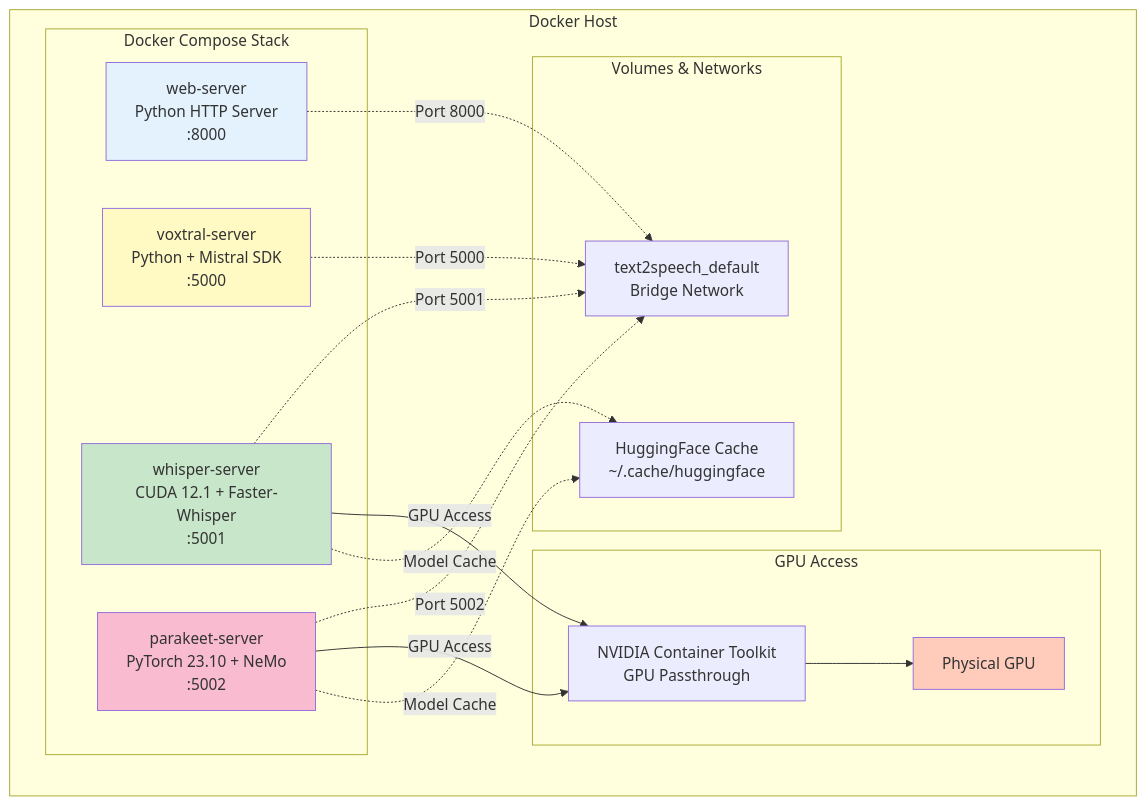
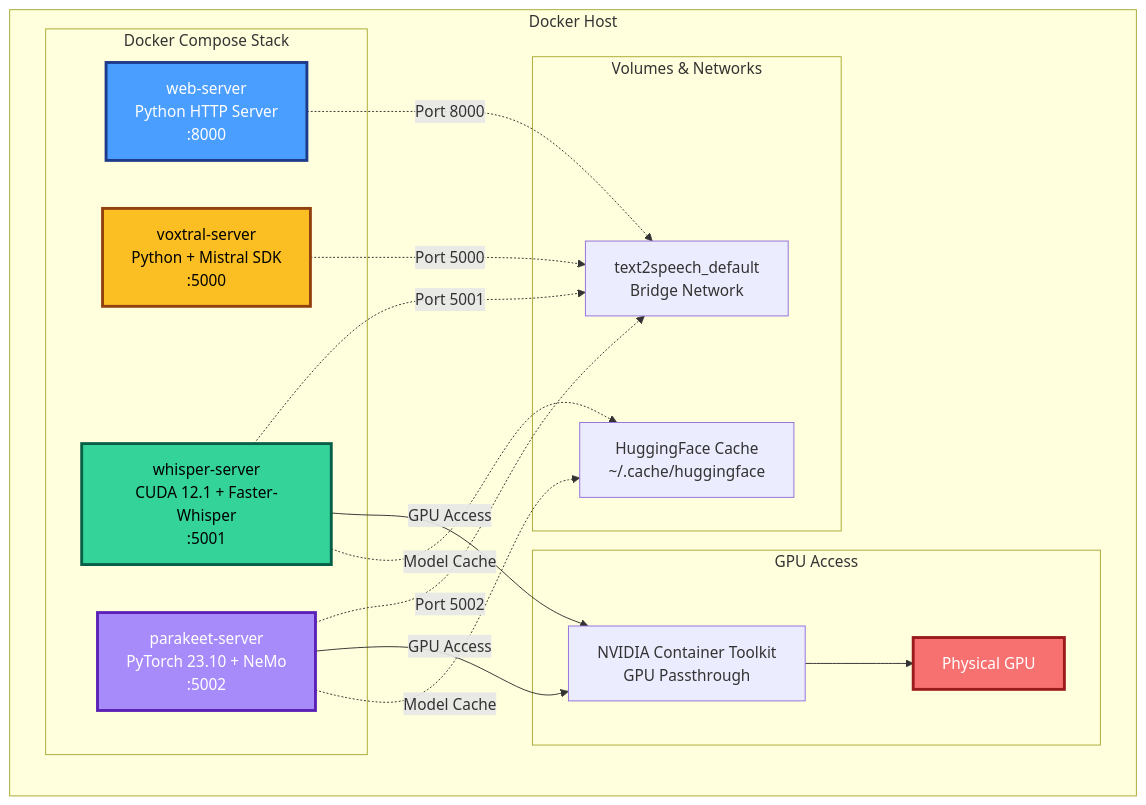
One commit to gjovanov/speech2text changed the diagram in assets/docker-deployment.mmd. Above: the diagram before and after it, drawn with Mermaid. The commit also changed 10 other files, not shown here.

Commit message:
dark mode friednly diagramms

```diff
--- a/assets/docker-deployment.mmd
+++ b/assets/docker-deployment.mmd
@@ -1,37 +1,37 @@
 graph TB
     subgraph "Docker Host"
         subgraph "Docker Compose Stack"
             WebContainer[web-server<br/>Python HTTP Server<br/>:8000]
             VoxtralContainer[voxtral-server<br/>Python + Mistral SDK<br/>:5000]
             WhisperContainer[whisper-server<br/>CUDA 12.1 + Faster-Whisper<br/>:5001]
             ParakeetContainer[parakeet-server<br/>PyTorch 23.10 + NeMo<br/>:5002]
         end
 
         subgraph "Volumes & Networks"
             Network[text2speech_default<br/>Bridge Network]
             Cache[HuggingFace Cache<br/>~/.cache/huggingface]
         end
 
         subgraph "GPU Access"
             NVIDIA[NVIDIA Container Toolkit<br/>GPU Passthrough]
             GPU[Physical GPU]
         end
     end
 
     WebContainer -.->|Port 8000| Network
     VoxtralContainer -.->|Port 5000| Network
     WhisperContainer -.->|Port 5001| Network
     ParakeetContainer -.->|Port 5002| Network
 
     WhisperContainer -->|GPU Access| NVIDIA
     ParakeetContainer -->|GPU Access| NVIDIA
     NVIDIA --> GPU
 
     WhisperContainer -.->|Model Cache| Cache
     ParakeetContainer -.->|Model Cache| Cache
 
-    style WebContainer fill:#e3f2fd
-    style VoxtralContainer fill:#fff9c4
-    style WhisperContainer fill:#c8e6c9
-    style ParakeetContainer fill:#f8bbd0
-    style GPU fill:#ffccbc
+    style WebContainer fill:#4a9eff,stroke:#1e3a8a,stroke-width:3px,color:#fff
+    style VoxtralContainer fill:#fbbf24,stroke:#92400e,stroke-width:3px,color:#000
+    style WhisperContainer fill:#34d399,stroke:#065f46,stroke-width:3px,color:#000
+    style ParakeetContainer fill:#a78bfa,stroke:#5b21b6,stroke-width:3px,color:#fff
+    style GPU fill:#f87171,stroke:#991b1b,stroke-width:3px,color:#fff
```
